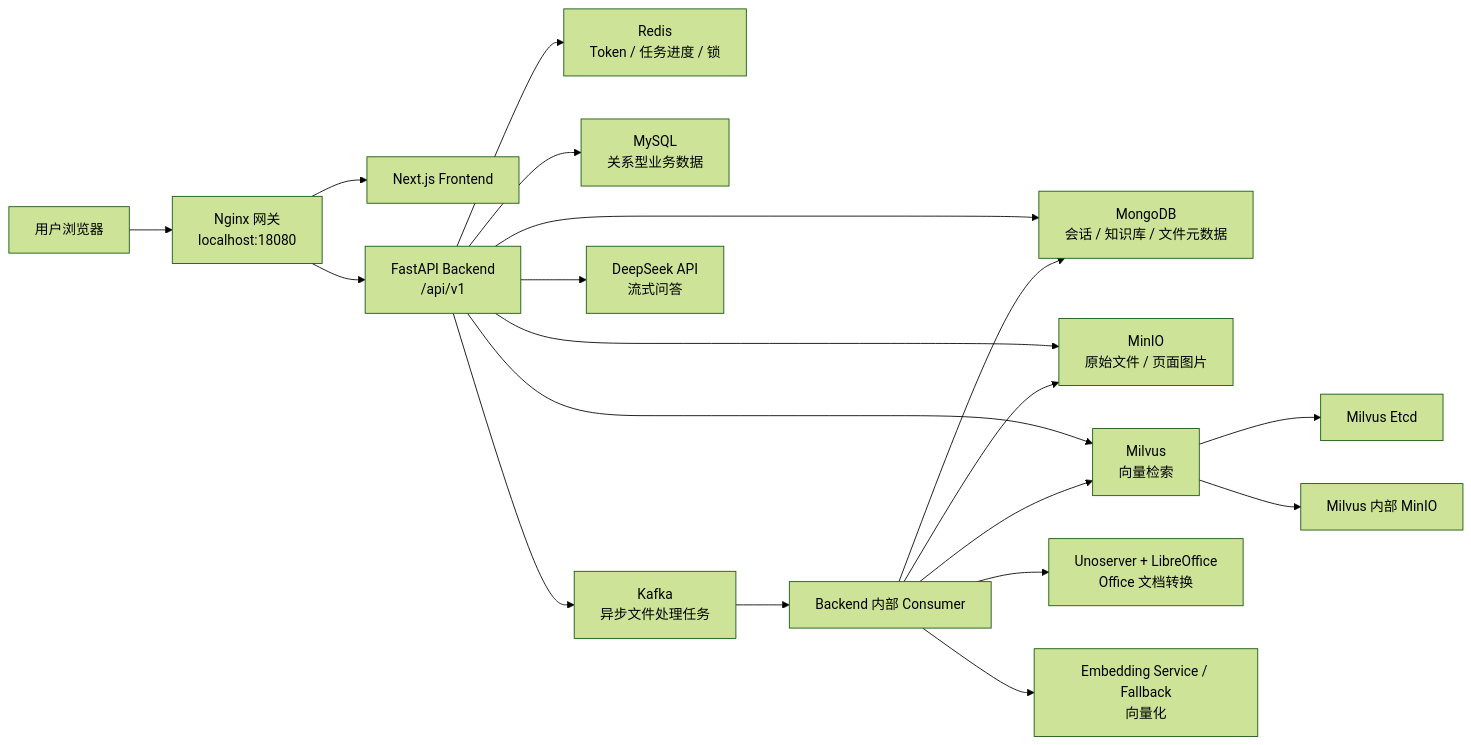
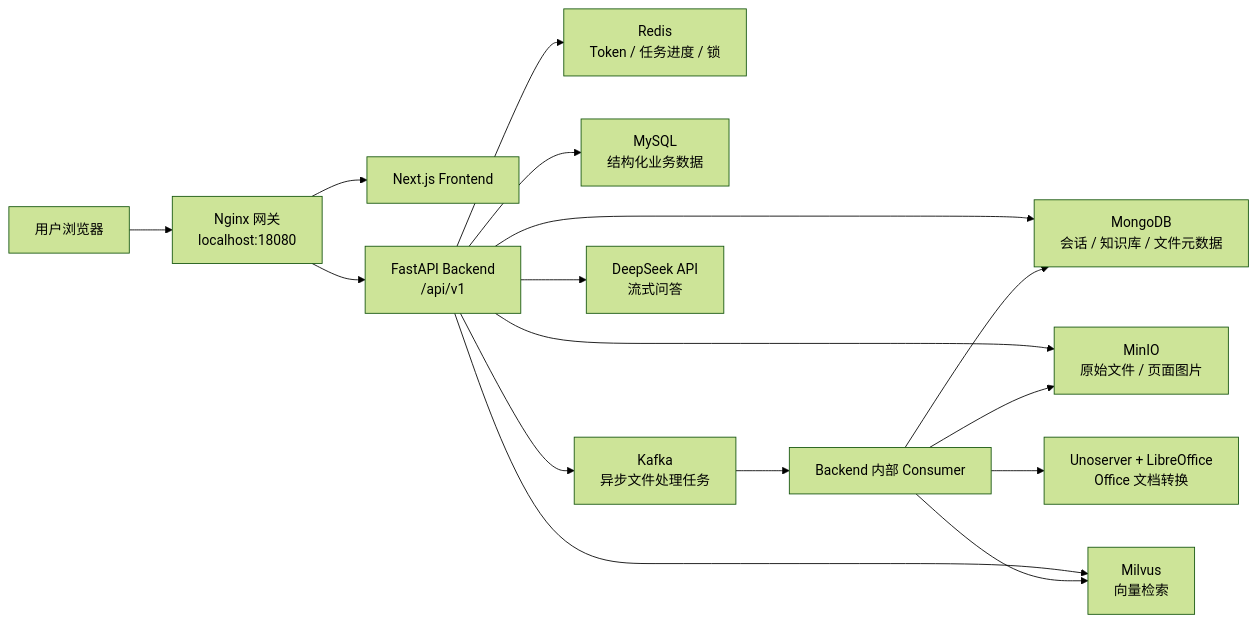
One commit to dadaziwei/rag-knowledge-assistant changed the first of 3 diagrams in docs/docs/day1-architecture.md. Above: the diagram before and after it, drawn with Mermaid (forest theme). The commit also changed other lines of this file and 4 other files, not shown here.

````diff
--- a/docs/docs/day1-architecture.md
+++ b/docs/docs/day1-architecture.md
@@ -47,24 +44,20 @@
 ```mermaid
 flowchart LR
     User["用户浏览器"] --> Nginx["Nginx 网关<br/>localhost:18080"]
     Nginx --> Frontend["Next.js Frontend"]
     Nginx --> Backend["FastAPI Backend<br/>/api/v1"]
 
     Backend --> Redis["Redis<br/>Token / 任务进度 / 锁"]
     Backend --> MongoDB["MongoDB<br/>会话 / 知识库 / 文件元数据"]
-    Backend --> MySQL["MySQL<br/>关系型业务数据"]
+    Backend --> MySQL["MySQL<br/>结构化业务数据"]
     Backend --> MinIO["MinIO<br/>原始文件 / 页面图片"]
     Backend --> Kafka["Kafka<br/>异步文件处理任务"]
     Backend --> Milvus["Milvus<br/>向量检索"]
     Backend --> DeepSeek["DeepSeek API<br/>流式问答"]
 
     Kafka --> Consumer["Backend 内部 Consumer"]
     Consumer --> Unoserver["Unoserver + LibreOffice<br/>Office 文档转换"]
-    Consumer --> Embedding["Embedding Service / Fallback<br/>向量化"]
     Consumer --> Milvus
     Consumer --> MongoDB
     Consumer --> MinIO
-
-    Milvus --> MilvusEtcd["Milvus Etcd"]
-    Milvus --> MilvusMinIO["Milvus 内部 MinIO"]
 ```
````
